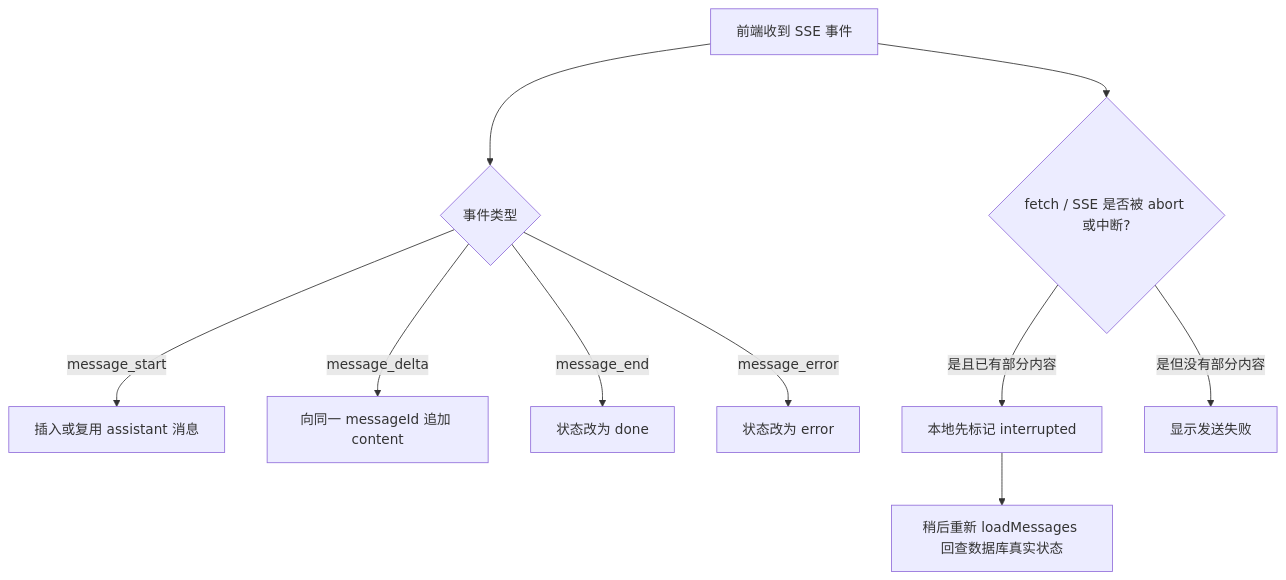
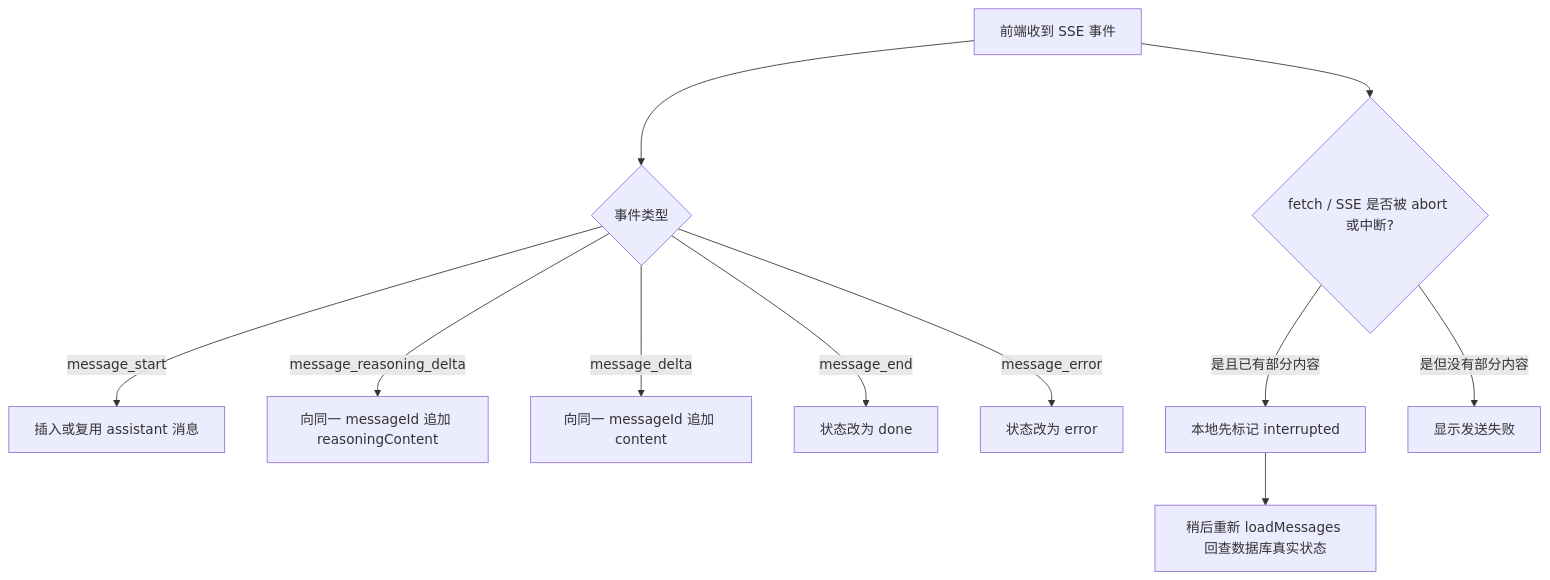
The fifth of 6 diagrams in docs/backend/chat-response-resume-flow.md (ppyang010/ai-code-gpt-plus), drawn with Mermaid before and after one commit. The commit also changed 36 other files, not shown here.

````diff
--- a/docs/backend/chat-response-resume-flow.md
+++ b/docs/backend/chat-response-resume-flow.md
@@ -128,12 +128,13 @@
 ```mermaid
 flowchart TD
     A["前端收到 SSE 事件"] --> B{"事件类型"}
     B -- "message_start" --> C["插入或复用 assistant 消息"]
-    B -- "message_delta" --> D["向同一 messageId 追加 content"]
-    B -- "message_end" --> E["状态改为 done"]
-    B -- "message_error" --> F["状态改为 error"]
-    A --> G{"fetch / SSE 是否被 abort 或中断?"}
-    G -- "是且已有部分内容" --> H["本地先标记 interrupted"]
+    B -- "message_reasoning_delta" --> D["向同一 messageId 追加 reasoningContent"]
+    B -- "message_delta" --> E["向同一 messageId 追加 content"]
+    B -- "message_end" --> F["状态改为 done"]
+    B -- "message_error" --> G["状态改为 error"]
+    A --> K{"fetch / SSE 是否被 abort 或中断?"}
+    K -- "是且已有部分内容" --> H["本地先标记 interrupted"]
     H --> I["稍后重新 loadMessages 回查数据库真实状态"]
-    G -- "是但没有部分内容" --> J["显示发送失败"]
+    K -- "是但没有部分内容" --> J["显示发送失败"]
 ```
````
